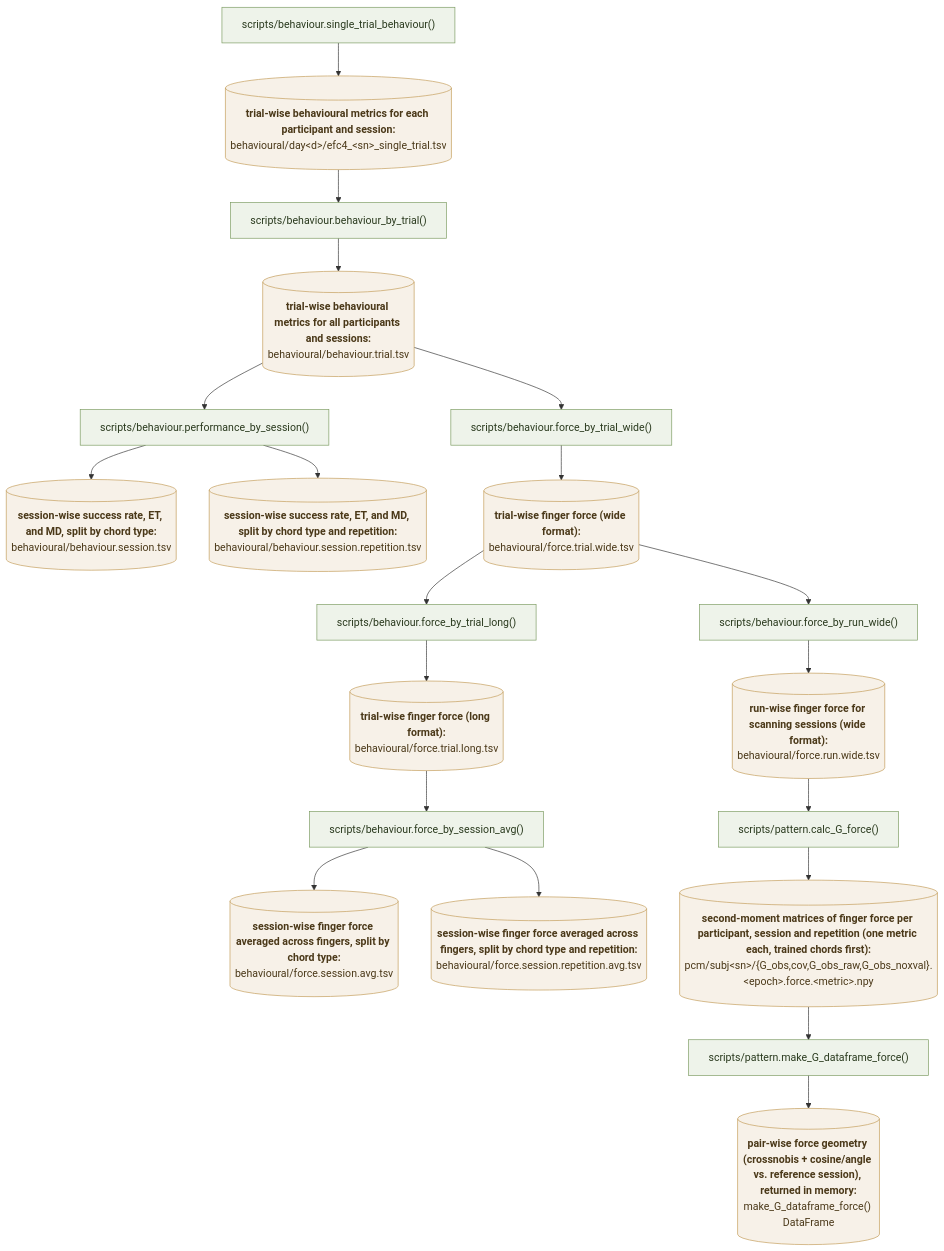
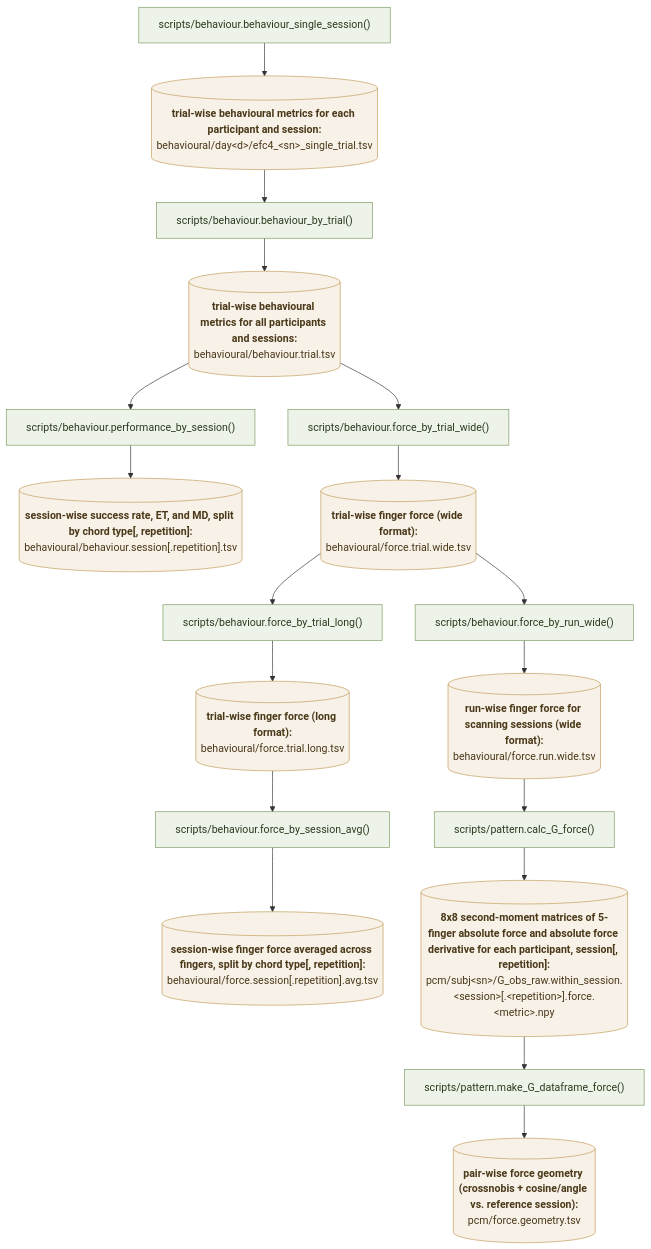
One commit to mnlmrc/extension-flexion-chords changed the diagram in README.md. Above: the diagram before and after it, drawn with Mermaid. The commit also changed other lines of this file and 2 other files, not shown here.

Commit message:
update pattern dataframes

````diff
--- a/README.md
+++ b/README.md
@@ -18,61 +18,57 @@
 ```mermaid
 flowchart TD
     %% ---------- single trial ----------
-    ST["scripts/behaviour.single_trial_behaviour()"]:::code
+    ST["scripts/behaviour.behaviour_single_session()"]:::code
     STTSV[("<b>trial-wise behavioural metrics for each participant and session:</b><br/>behavioural/day&lt;d&gt;/efc4_&lt;sn&gt;_single_trial.tsv")]:::data
 
     ST --> STTSV
 
     %% ---------- summary ----------
     F_TRIAL["scripts/behaviour.behaviour_by_trial()"]:::code
     F_SESS["scripts/behaviour.performance_by_session()"]:::code
     F_FWIDE["scripts/behaviour.force_by_trial_wide()"]:::code
     F_FRUN["scripts/behaviour.force_by_run_wide()"]:::code
     F_FLONG["scripts/behaviour.force_by_trial_long()"]:::code
     F_FSESS["scripts/behaviour.force_by_session_avg()"]:::code
 
     TRIAL[("<b>trial-wise behavioural metrics for all participants and sessions:</b><br/>behavioural/behaviour.trial.tsv")]:::data
     
-    PERF[("<b>session-wise success rate, ET, and MD, split by chord type:</b><br/>behavioural/behaviour.session.tsv")]:::data
-    PERF_REP[("<b>session-wise success rate, ET, and MD, split by chord type and repetition:</b><br/>behavioural/behaviour.session.repetition.tsv")]:::data
+    PERF_REP[("<b>session-wise success rate, ET, and MD, split by chord type[, repetition]:</b><br/>behavioural/behaviour.session[.repetition].tsv")]:::data
     
     FWIDE[("<b>trial-wise finger force (wide format):</b><br/>behavioural/force.trial.wide.tsv")]:::data
     FLONG[("<b>trial-wise finger force (long format):</b><br/>behavioural/force.trial.long.tsv")]:::data
-    FSESS[("<b>session-wise finger force averaged across fingers, split by chord type:</b><br/>behavioural/force.session.avg.tsv")]:::data
-    FSESS_REP[("<b>session-wise finger force averaged across fingers, split by chord type and repetition:</b><br/>behavioural/force.session.repetition.avg.tsv")]:::data
+    FSESS_REP[("<b>session-wise finger force averaged across fingers, split by chord type[, repetition]:</b><br/>behavioural/force.session[.repetition].avg.tsv")]:::data
     FFMRI[("<b>run-wise finger force for scanning sessions (wide format):</b><br/>behavioural/force.run.wide.tsv")]:::data
 
     %% ---------- force pattern analysis ----------
     P_GFORCE["scripts/pattern.calc_G_force()"]:::code
     P_DFFORCE["scripts/pattern.make_G_dataframe_force()"]:::code
 
-    GFORCE[("<b>second-moment matrices of finger force per participant, session and repetition (one metric each, trained chords first):</b><br/>pcm/subj&lt;sn&gt;/{G_obs,cov,G_obs_raw,G_obs_noxval}.&lt;epoch&gt;.force.&lt;metric&gt;.npy")]:::data
-    DFFORCE[("<b>pair-wise force geometry (crossnobis + cosine/angle vs. reference session), returned in memory:</b><br/>make_G_dataframe_force() DataFrame")]:::data
+    GFORCE[("<b>8x8 second-moment matrices of 5-finger absolute force and absolute force derivative for each participant, session[, repetition]:</b><br/>pcm/subj&lt;sn&gt;/G_obs_raw.within_session.&lt;session&gt;[.&lt;repetition&gt;].force.&lt;metric&gt;.npy")]:::data
+    DFFORCE[("<b>pair-wise force geometry (crossnobis + cosine/angle vs. reference session):</b><br/>pcm/force.geometry.tsv")]:::data
 
     %% performance
     STTSV --> F_TRIAL
     F_TRIAL --> TRIAL
     TRIAL --> F_SESS
-    F_SESS --> PERF
     F_SESS --> PERF_REP
 
     %% force
     TRIAL --> F_FWIDE
     F_FWIDE --> FWIDE
     FWIDE --> F_FRUN
     F_FRUN --> FFMRI
     FWIDE --> F_FLONG
     F_FLONG --> FLONG
     FLONG --> F_FSESS
-    F_FSESS --> FSESS
     F_FSESS --> FSESS_REP
 
     %% force pattern analysis
     FFMRI --> P_GFORCE
     P_GFORCE --> GFORCE
     GFORCE --> P_DFFORCE
     P_DFFORCE --> DFFORCE
 
     classDef code  fill:#eef3ea,stroke:#7a9a5f,color:#2a3a1e;
     classDef data  fill:#f7f1e8,stroke:#c39b56,color:#4a3818;
 ```
````
